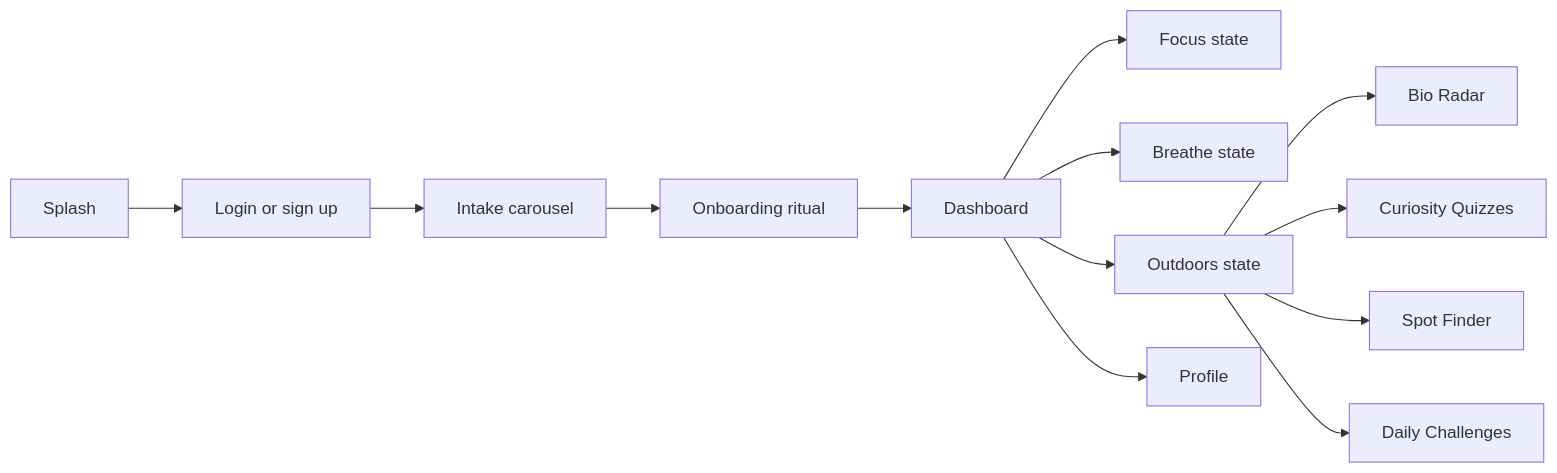
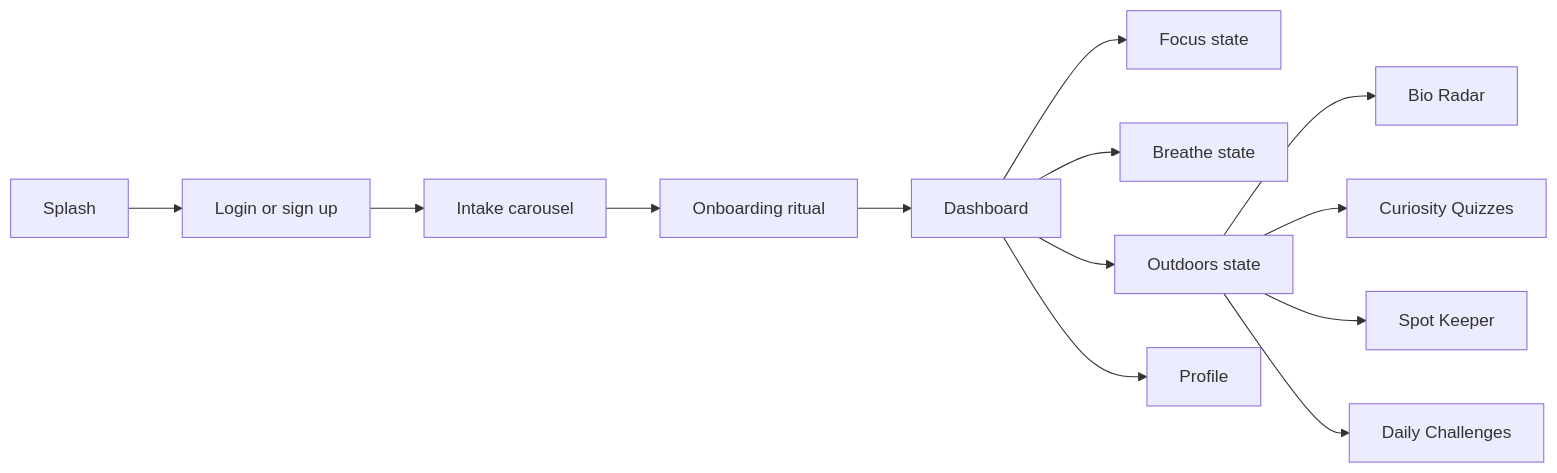
The first of 2 diagrams in README.md (Dhiali/Kenetic), drawn with Mermaid before and after one commit. The commit also changed other lines of this file and 39 other files, not shown here.

````diff
--- a/README.md
+++ b/README.md
@@ -22,15 +22,15 @@
 ```mermaid
 flowchart LR
   Splash --> Auth[Login or sign up]
   Auth --> Intake[Intake carousel]
   Intake --> Onboarding[Onboarding ritual]
   Onboarding --> Dashboard
   Dashboard --> Focus[Focus state]
   Dashboard --> Breathe[Breathe state]
   Dashboard --> Outdoors[Outdoors state]
   Dashboard --> Profile[Profile]
   Outdoors --> Radar[Bio Radar]
   Outdoors --> Quizzes[Curiosity Quizzes]
-  Outdoors --> Spots[Spot Finder]
+  Outdoors --> Spots[Spot Keeper]
   Outdoors --> Challenges[Daily Challenges]
 ```
````
